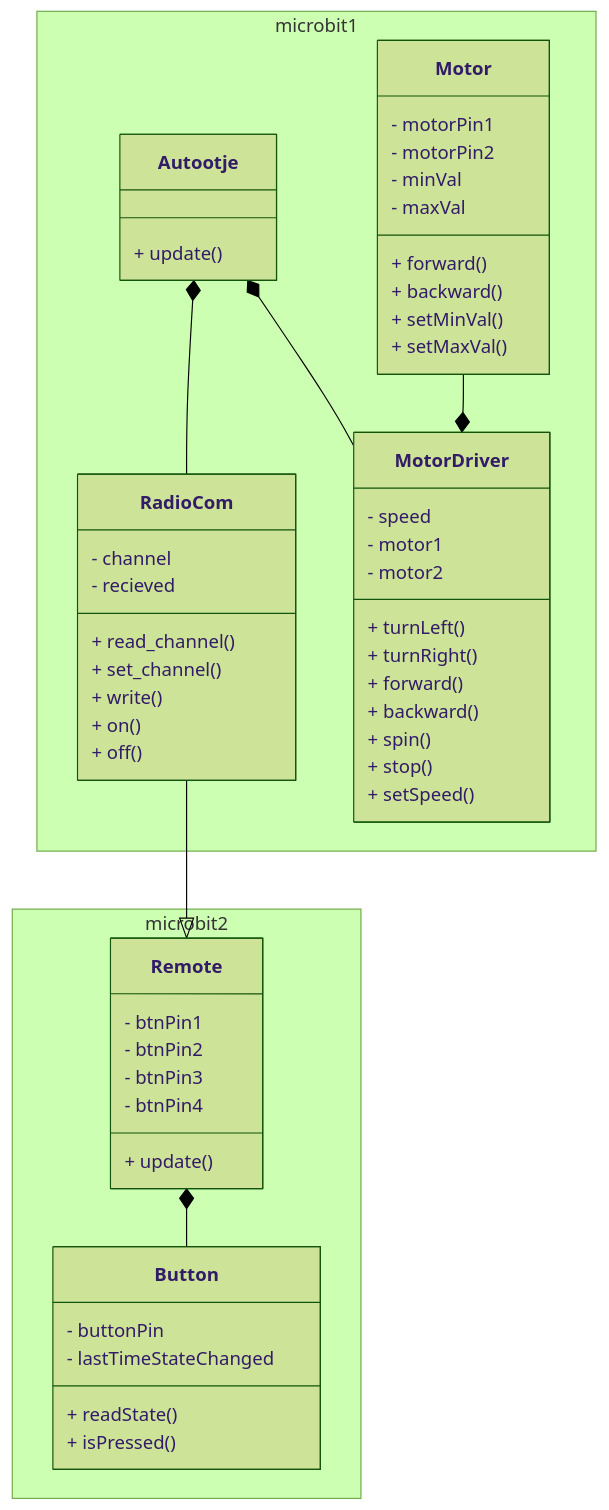
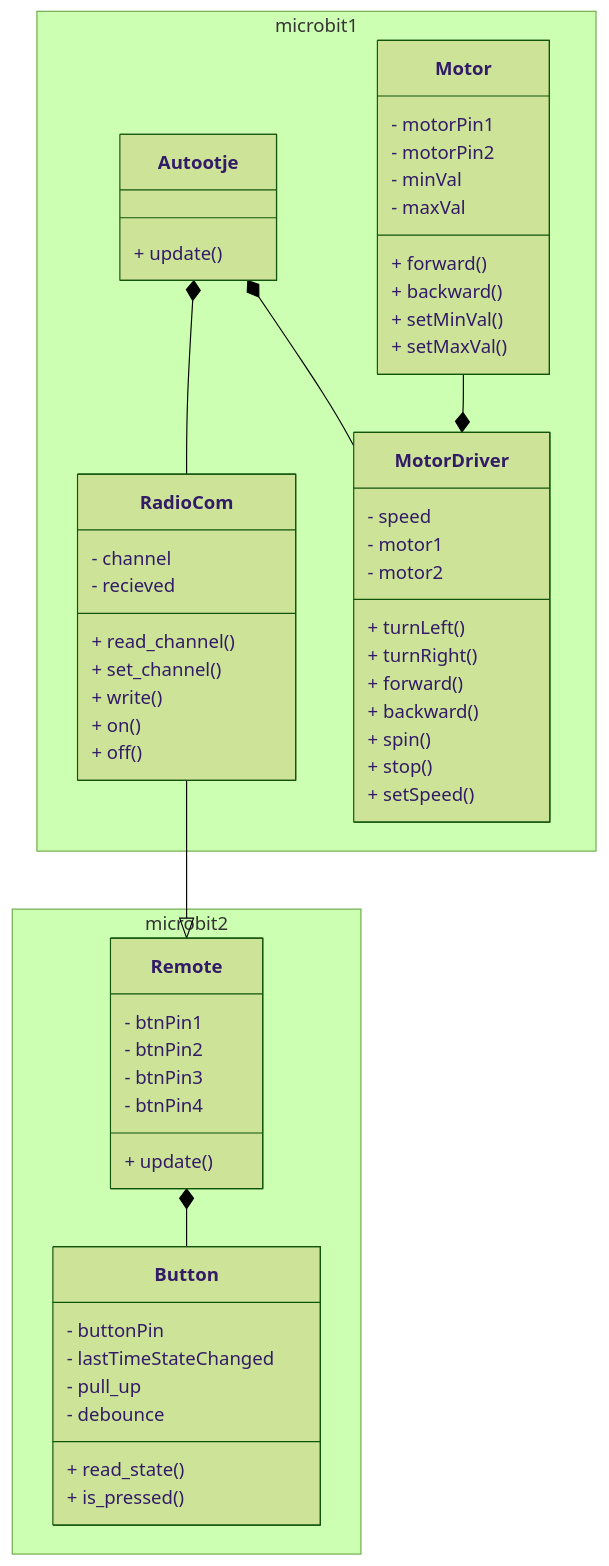
The diagram in UML_schema.md (jensthebrogrammer/project_autotje), drawn with Mermaid (forest theme) before and after one commit. The commit also changed 2 other files, not shown here.

Commit message:
ik heb PushButton toegevoegd aan het project en heb enkele kleine aanpassingen gemaakt aan de tructuur van mijn klasses

````diff
--- a/UML_schema.md
+++ b/UML_schema.md
@@ -1,69 +1,71 @@
 ```mermaid
 classDiagram
     namespace microbit1 {
         class Autootje {
             
             + update()
             
         }
 
         class Motor {
             - motorPin1
             - motorPin2
             - minVal
             - maxVal
             + forward()
             + backward()
             + setMinVal()
             + setMaxVal()
         }
         
         class MotorDriver {
             - speed
             - motor1
             - motor2
             + turnLeft()
             + turnRight()
             + forward()
             + backward()
             + spin()
             + stop()
             + setSpeed()
         }
 
         class RadioCom {
             - channel
             - recieved
             + read_channel()
             + set_channel()
             + write()
             + on()
             + off()
         }
     }
 
     namespace microbit2 {
         class Remote {
             - btnPin1
             - btnPin2
             - btnPin3
             - btnPin4
             + update()
         }
     
         class Button {
             - buttonPin
             - lastTimeStateChanged
-            + readState()
-            + isPressed()
+            - pull_up
+            - debounce
+            + read_state()
+            + is_pressed()
             
         }
     }
 
     Autootje *-- RadioCom
     Autootje *-- MotorDriver
     RadioCom --|> Remote
     Remote *-- Button
     Motor --* MotorDriver
 
 ```
````
